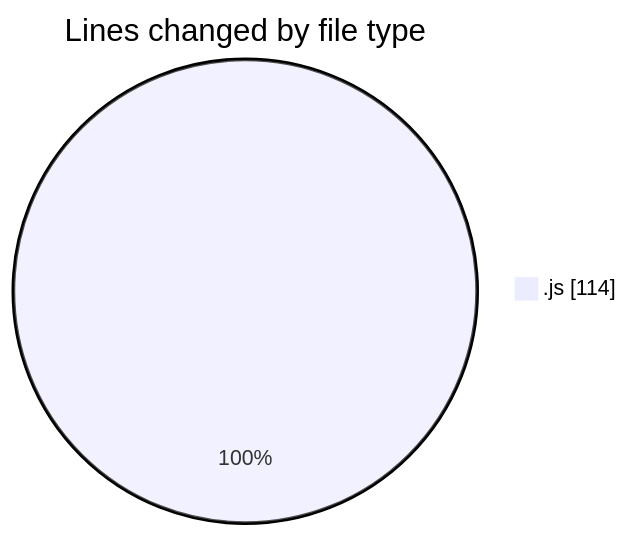
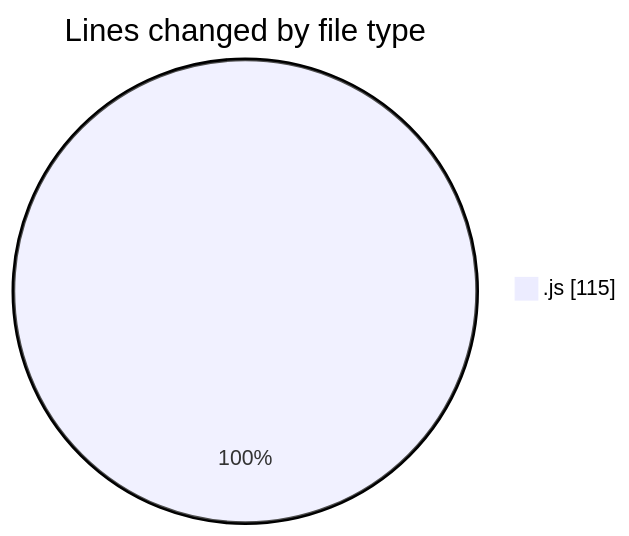
Before and after one commit to momahboobian/code-tracking: the first of 2 diagrams in 2026-02-02/cda/README.md, drawn with Mermaid. The commit also changed other lines of this file and 1 other file, not shown here.

````diff
--- a/2026-02-02/cda/README.md
+++ b/2026-02-02/cda/README.md
@@ -20,5 +20,5 @@
 ```mermaid
 pie showData
 title Lines changed by file type
-".js" : 114
+".js" : 115
 ```
````
